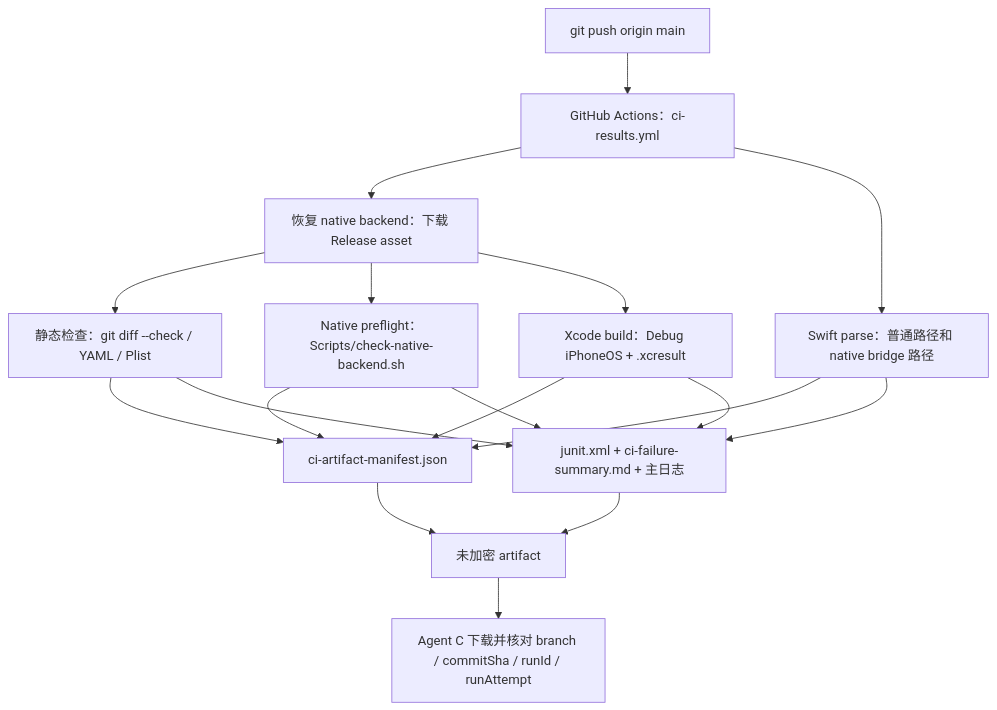
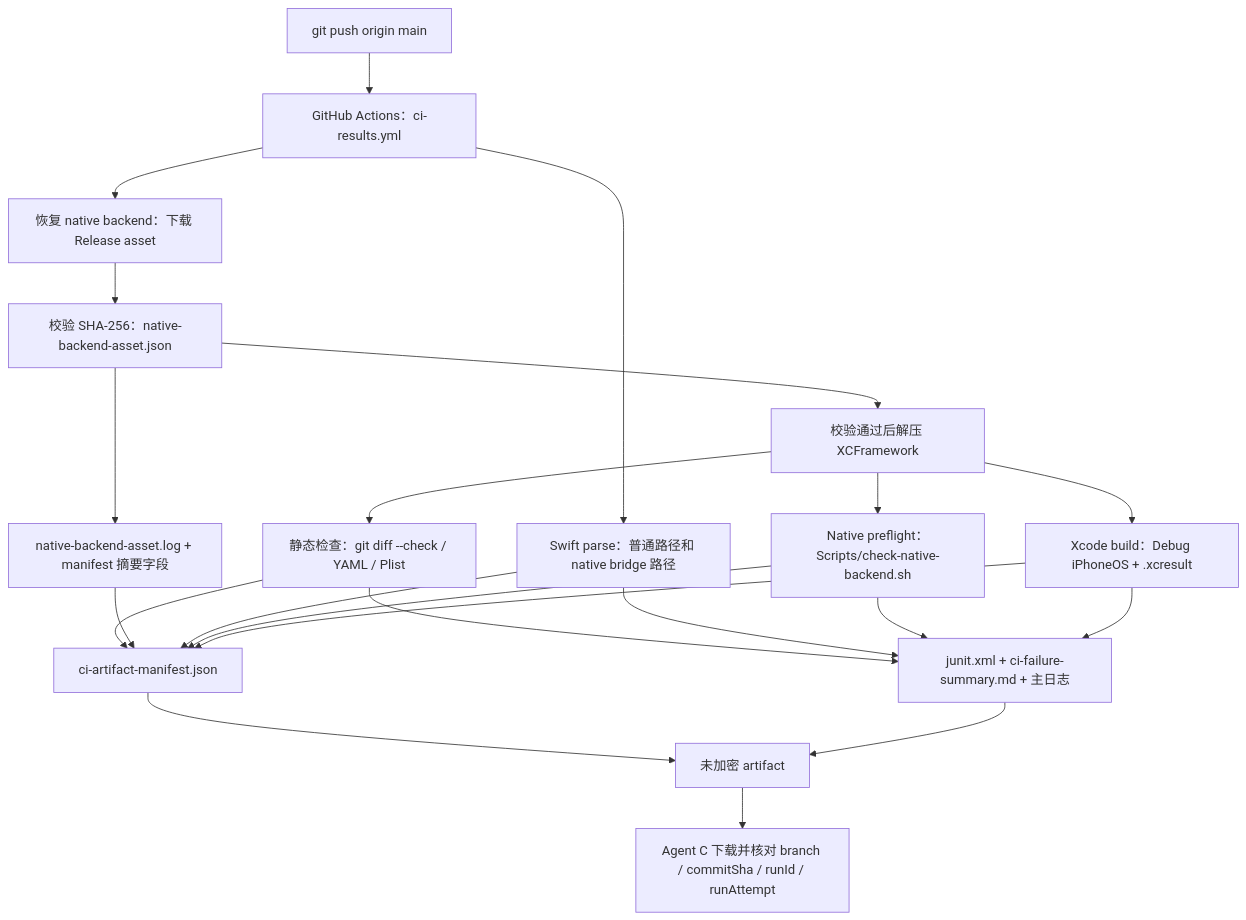
One commit to Altman-sam114/118 changed the sixth of 7 diagrams in md/flow/flowchart.md. Above: the diagram before and after it, drawn with Mermaid. The commit also changed 8 other files, not shown here.

````diff
--- a/md/flow/flowchart.md
+++ b/md/flow/flowchart.md
@@ -128,20 +128,24 @@
 ```mermaid
 flowchart TD
   A["git push origin main"] --> B["GitHub Actions：ci-results.yml"]
   B --> R["恢复 native backend：下载 Release asset"]
-  R --> C["静态检查：git diff --check / YAML / Plist"]
+  R --> SHA["校验 SHA-256：native-backend-asset.json"]
+  SHA --> UNZIP["校验通过后解压 XCFramework"]
+  SHA --> ASSETLOG["native-backend-asset.log + manifest 摘要字段"]
+  UNZIP --> C["静态检查：git diff --check / YAML / Plist"]
   B --> D["Swift parse：普通路径和 native bridge 路径"]
-  R --> E["Native preflight：Scripts/check-native-backend.sh"]
-  R --> F["Xcode build：Debug iPhoneOS + .xcresult"]
+  UNZIP --> E["Native preflight：Scripts/check-native-backend.sh"]
+  UNZIP --> F["Xcode build：Debug iPhoneOS + .xcresult"]
   C --> G["ci-artifact-manifest.json"]
+  ASSETLOG --> G
   D --> G
   E --> G
   F --> G
   C --> H["junit.xml + ci-failure-summary.md + 主日志"]
   D --> H
   E --> H
   F --> H
   G --> I["未加密 artifact"]
   H --> I
   I --> J["Agent C 下载并核对 branch / commitSha / runId / runAttempt"]
 ```
````
